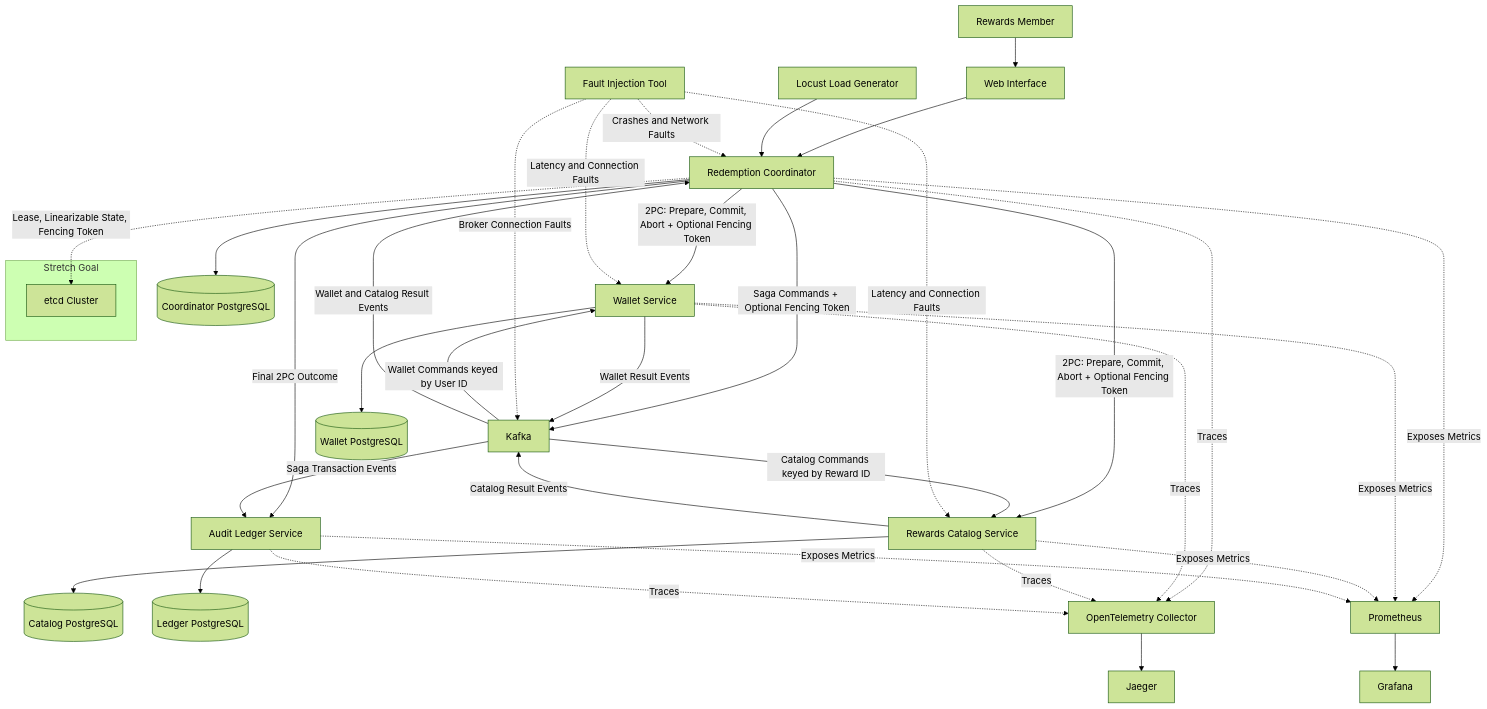
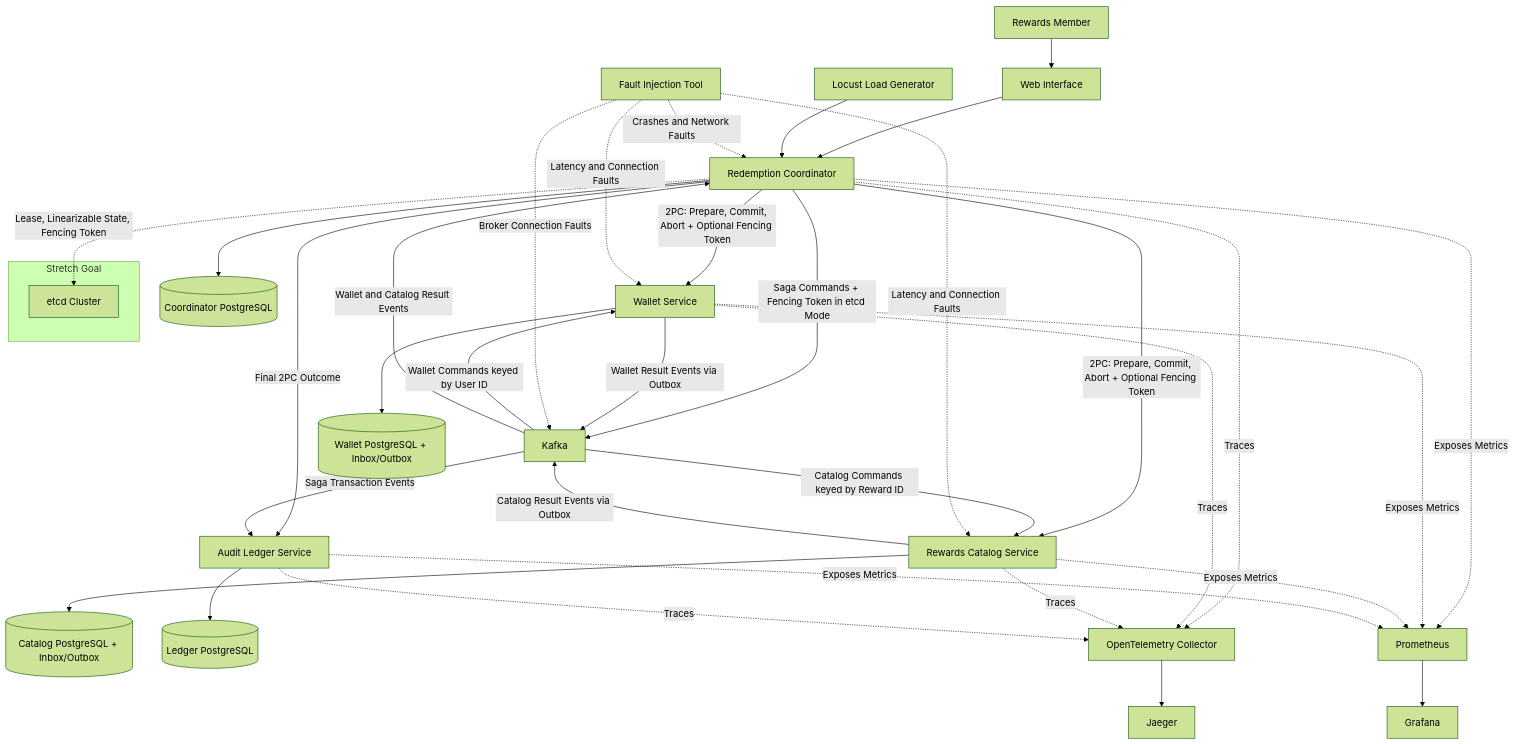
The diagram in README.md (sonalilonkar1/LedgerMesh), drawn with Mermaid (forest theme) before and after one commit. The commit also changed other lines of this file and 2 other files, not shown here.

Commit message:
docs: define LedgerMesh architecture and correctness invariants

````diff
--- a/README.md
+++ b/README.md
@@ -21,48 +149,48 @@
 ```mermaid
 flowchart TD
     U[Rewards Member] --> UI[Web Interface]
     UI --> C[Redemption Coordinator]
     LG[Locust Load Generator] --> C
 
     C --> CDB[(Coordinator PostgreSQL)]
 
     C -->|"2PC: Prepare, Commit, Abort + Optional Fencing Token"| W[Wallet Service]
     C -->|"2PC: Prepare, Commit, Abort + Optional Fencing Token"| R[Rewards Catalog Service]
     C -->|"Final 2PC Outcome"| L[Audit Ledger Service]
 
-    C -->|"Saga Commands + Optional Fencing Token"| K[Kafka]
+    C -->|"Saga Commands + Fencing Token in etcd Mode"| K[Kafka]
     K -->|"Wallet Commands keyed by User ID"| W
     K -->|"Catalog Commands keyed by Reward ID"| R
 
-    W -->|"Wallet Result Events"| K
-    R -->|"Catalog Result Events"| K
+    W -->|"Wallet Result Events via Outbox"| K
+    R -->|"Catalog Result Events via Outbox"| K
     K -->|"Wallet and Catalog Result Events"| C
     K -->|"Saga Transaction Events"| L
 
-    W --> WDB[(Wallet PostgreSQL)]
-    R --> RDB[(Catalog PostgreSQL)]
+    W --> WDB[(Wallet PostgreSQL + Inbox/Outbox)]
+    R --> RDB[(Catalog PostgreSQL + Inbox/Outbox)]
     L --> LDB[(Ledger PostgreSQL)]
 
     FI[Fault Injection Tool] -.->|"Crashes and Network Faults"| C
     FI -.->|"Latency and Connection Faults"| W
     FI -.->|"Latency and Connection Faults"| R
     FI -.->|"Broker Connection Faults"| K
 
     C -.->|"Traces"| O[OpenTelemetry Collector]
     W -.->|"Traces"| O
     R -.->|"Traces"| O
     L -.->|"Traces"| O
     O --> J[Jaeger]
 
     C -.->|"Exposes Metrics"| P[Prometheus]
     W -.->|"Exposes Metrics"| P
     R -.->|"Exposes Metrics"| P
     L -.->|"Exposes Metrics"| P
     P --> G[Grafana]
 
     subgraph STRETCH["Stretch Goal"]
         E[etcd Cluster]
     end
 
     C -.->|"Lease, Linearizable State, Fencing Token"| E
 ```
````
